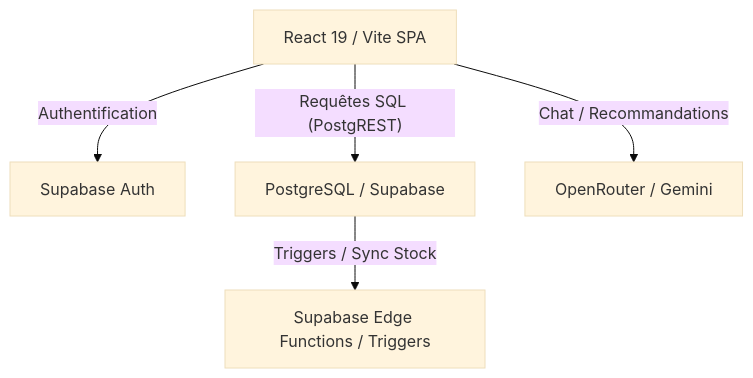
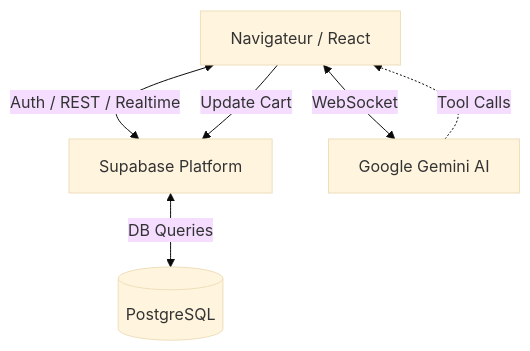
The diagram in ARCHITECTURE.md (moonback/Green-Mood-project), drawn with Mermaid (base theme) before and after one commit. The commit also changed other lines of this file and 5 other files, not shown here.

````diff
--- a/ARCHITECTURE.md
+++ b/ARCHITECTURE.md
@@ -10,13 +53,8 @@
 ```mermaid
 graph TD
-    Client[React 19 / Vite SPA]
-    Auth[Supabase Auth]
-    DB[PostgreSQL / Supabase]
-    Logic[Supabase Edge Functions / Triggers]
-    AI[OpenRouter / Gemini]
-    
-    Client -- "Authentification" --> Auth
-    Client -- "Requêtes SQL (PostgREST)" --> DB
-    Client -- "Chat / Recommandations" --> AI
-    DB -- "Triggers / Sync Stock" --> Logic
+    Client[Navigateur / React] <--> |Auth / REST / Realtime| Supabase[Supabase Platform]
+    Client <--> |WebSocket| Gemini[Google Gemini AI]
+    Supabase <--> |DB Queries| Postgres[(PostgreSQL)]
+    Gemini -.-> |Tool Calls| Client
+    Client --> |Update Cart| Supabase
 ```
````
